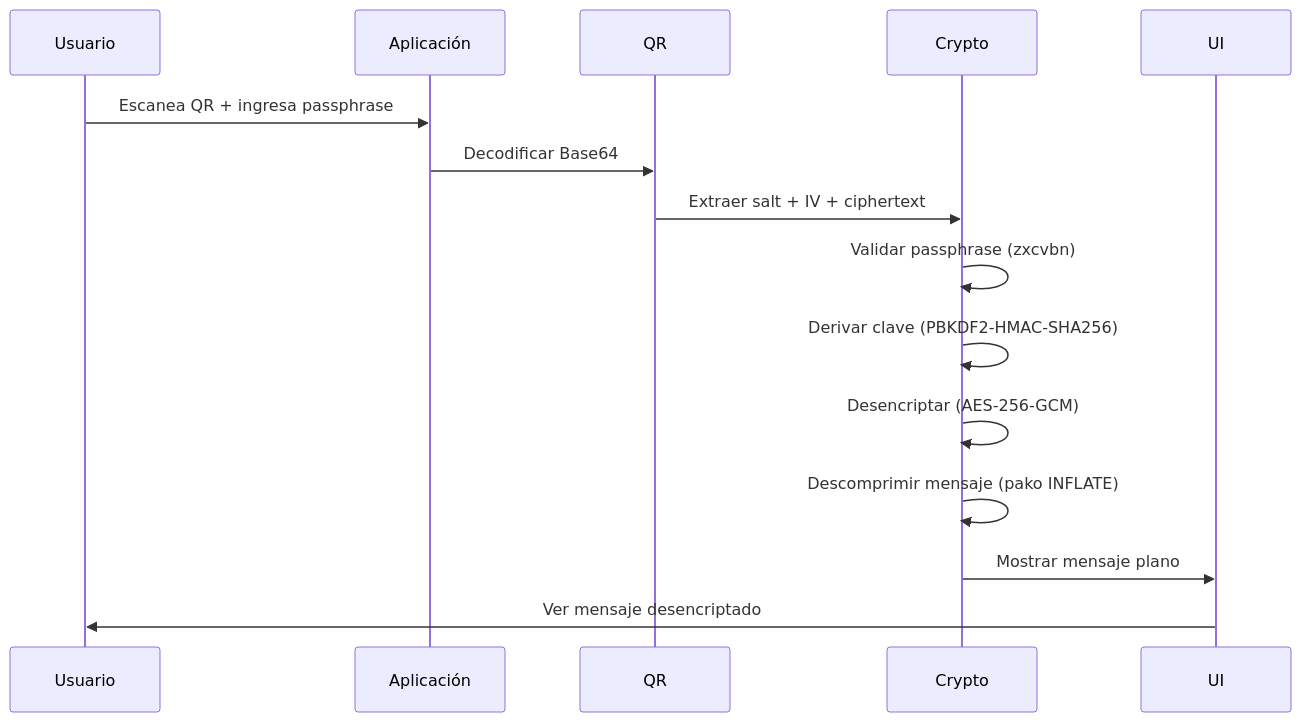
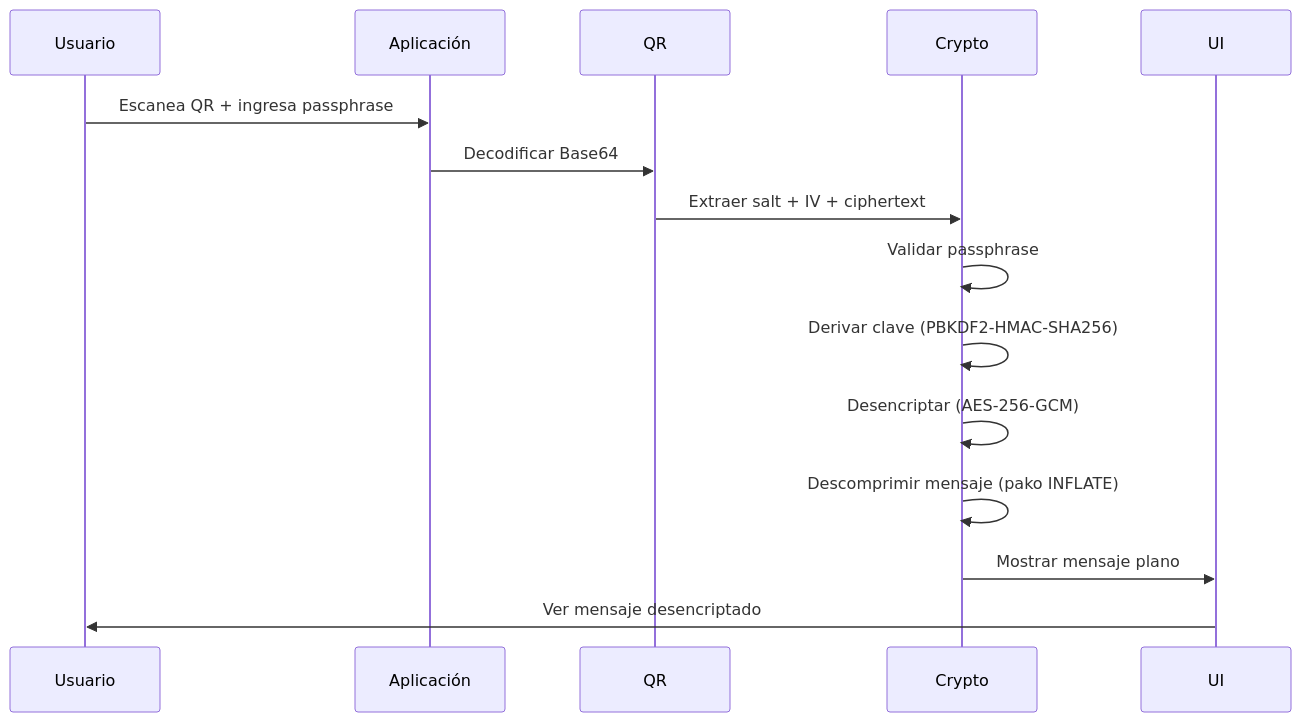
Before and after one commit to MPetovick/HUSHBOX: the third of 8 diagrams in README.md, drawn with Mermaid. The commit also changed other lines of this file, not shown here.

````diff
--- a/README.md
+++ b/README.md
@@ -62,12 +61,12 @@
 ```mermaid
 sequenceDiagram
     Usuario->>Aplicación: Escanea QR + ingresa passphrase
     Aplicación->>QR: Decodificar Base64
     QR->>Crypto: Extraer salt + IV + ciphertext
-    Crypto->>Crypto: Validar passphrase (zxcvbn)
+    Crypto->>Crypto: Validar passphrase
     Crypto->>Crypto: Derivar clave (PBKDF2-HMAC-SHA256)
     Crypto->>Crypto: Desencriptar (AES-256-GCM)
     Crypto->>Crypto: Descomprimir mensaje (pako INFLATE)
     Crypto->>UI: Mostrar mensaje plano
     UI->>Usuario: Ver mensaje desencriptado
 ```
````
